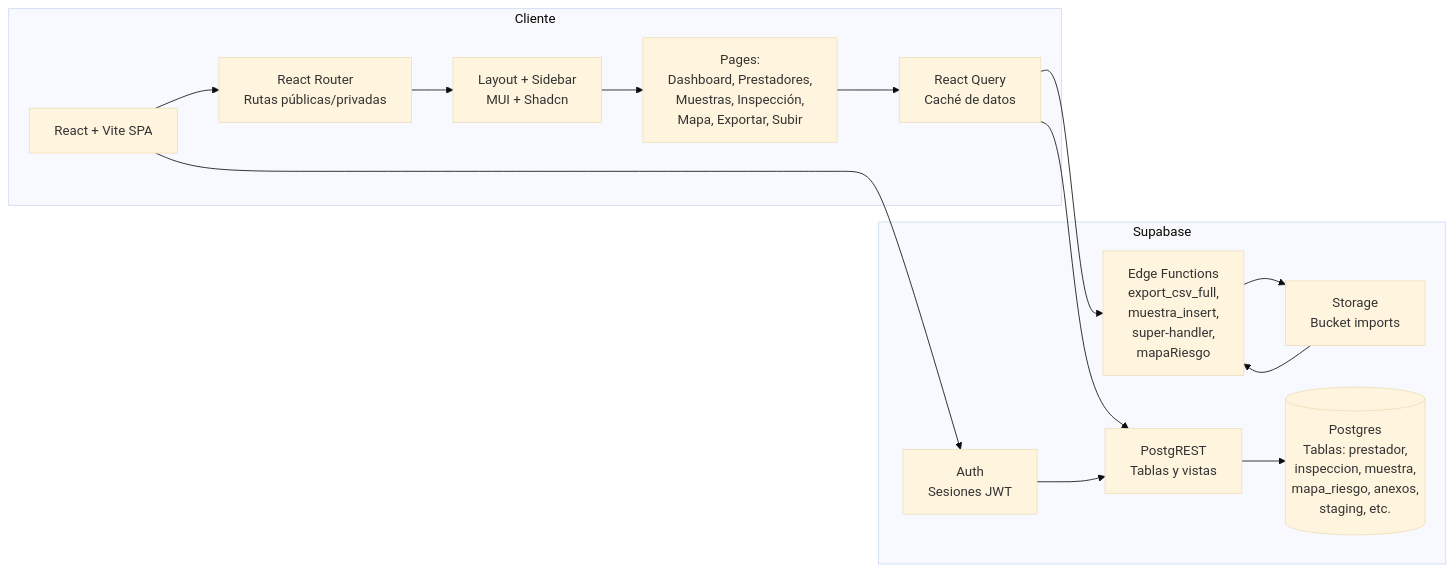
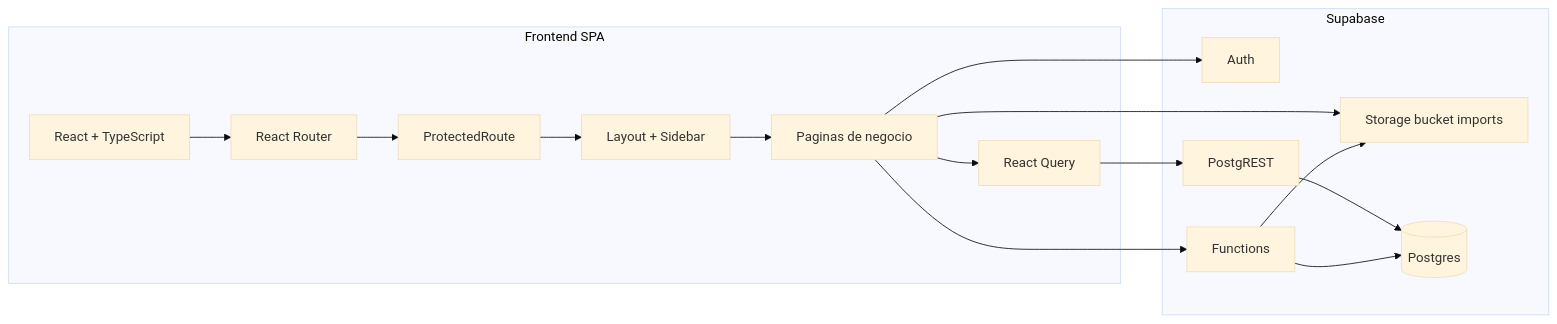
One commit to jhojan16/UESvalle-Sistema-de-Gestion changed the first of 8 diagrams in docs/diagramas.md. Above: the diagram before and after it, drawn with Mermaid (base theme). The commit also changed other lines of this file and 7 other files, not shown here.

````diff
--- a/docs/diagramas.md
+++ b/docs/diagramas.md
@@ -6,27 +11,27 @@
 ```mermaid
 flowchart LR
-  subgraph Cliente
-    UI[React + Vite SPA]
-    Router[React Router\nRutas públicas/privadas]
-    Layout[Layout + Sidebar\nMUI + Shadcn]
-    Pages[Pages:\nDashboard, Prestadores,\nMuestras, Inspección,\nMapa, Exportar, Subir]
-    State[React Query\nCaché de datos]
+  subgraph Frontend[Frontend SPA]
+    A[React + TypeScript]
+    B[React Router]
+    C[ProtectedRoute]
+    D[Layout + Sidebar]
+    E[Paginas de negocio]
+    F[React Query]
   end
 
-  subgraph Supabase
-    Auth[Auth\nSesiones JWT]
-    Postgrest[PostgREST\nTablas y vistas]
-    Edge[Edge Functions\nexport_csv_full,\nmuestra_insert,\nsuper-handler,\nmapaRiesgo]
-    Storage[Storage\nBucket imports]
-    DB[(Postgres\nTablas: prestador,\ninspeccion, muestra,\nmapa_riesgo, anexos,\nstaging, etc.)]
+  subgraph Supabase[Supabase]
+    G[Auth]
+    H[PostgREST]
+    I[Functions]
+    J[Storage bucket imports]
+    K[(Postgres)]
   end
 
-  UI --> Router --> Layout --> Pages --> State
-  State --> Postgrest
-  State --> Edge
-  Edge --> Storage
-  Postgrest --> DB
-  Storage --> Edge
-  UI --> Auth
-  Auth --> Postgrest
+  A --> B --> C --> D --> E --> F
+  F --> H --> K
+  E --> G
+  E --> I
+  E --> J
+  I --> J
+  I --> K
 ```
````
